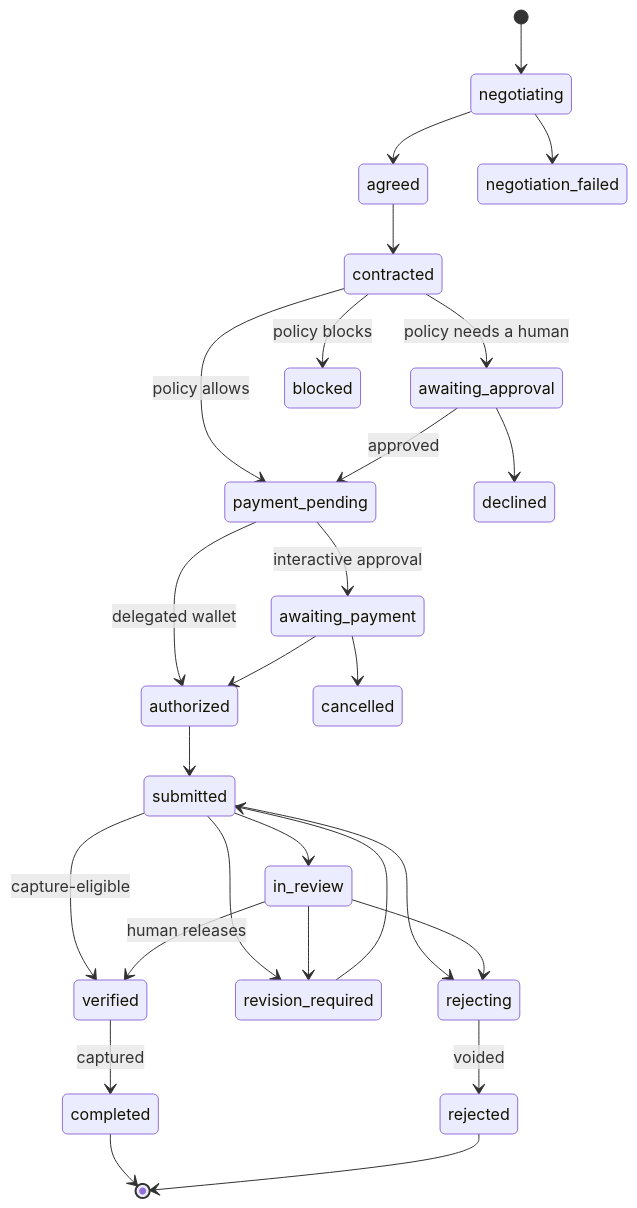
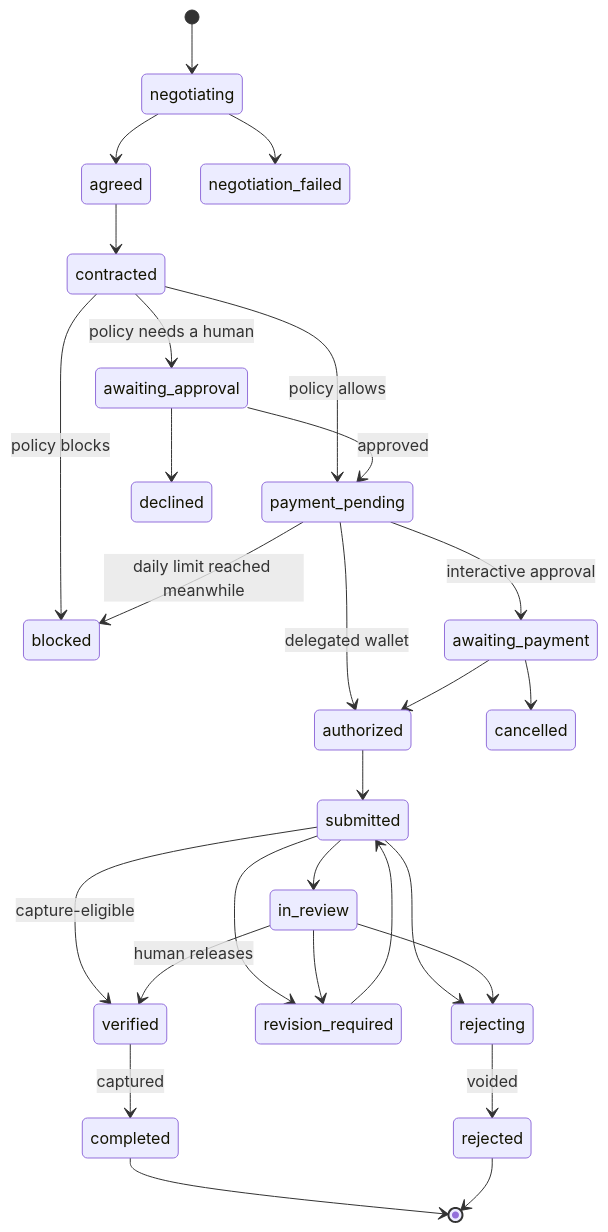
The fourth of 4 diagrams in docs/architecture.md (dorakingx/pact-agent-commerce), drawn with Mermaid before and after one commit. The commit also changed other lines of this file and 1 other file, not shown here.

Commit message:
docs: align architecture and security documents with the implemented engine

````diff
--- a/docs/architecture.md
+++ b/docs/architecture.md
@@ -133,29 +135,30 @@
 ```mermaid
 stateDiagram-v2
     [*] --> negotiating
     negotiating --> agreed
     negotiating --> negotiation_failed
     agreed --> contracted
     contracted --> payment_pending: policy allows
     contracted --> awaiting_approval: policy needs a human
     contracted --> blocked: policy blocks
     awaiting_approval --> payment_pending: approved
     awaiting_approval --> declined
     payment_pending --> awaiting_payment: interactive approval
     payment_pending --> authorized: delegated wallet
+    payment_pending --> blocked: daily limit reached meanwhile
     awaiting_payment --> authorized
     awaiting_payment --> cancelled
     authorized --> submitted
     submitted --> verified: capture-eligible
     submitted --> revision_required
     submitted --> in_review
     submitted --> rejecting
     revision_required --> submitted
     in_review --> verified: human releases
     in_review --> revision_required
     in_review --> rejecting
     verified --> completed: captured
     rejecting --> rejected: voided
     completed --> [*]
     rejected --> [*]
 ```
````
